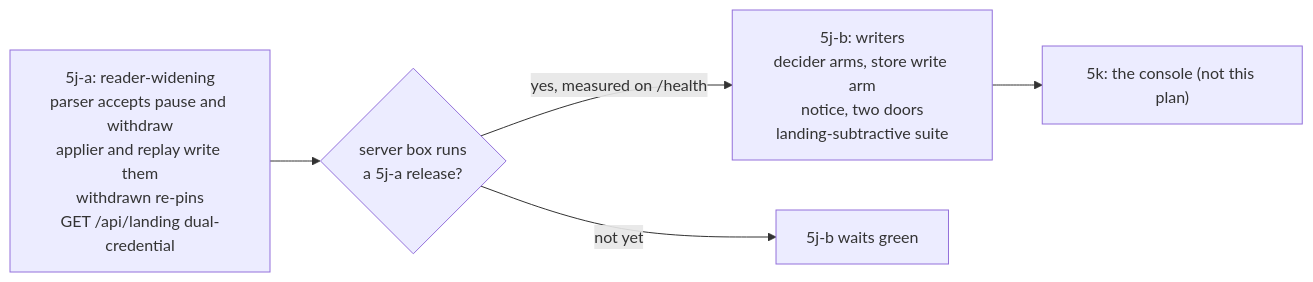
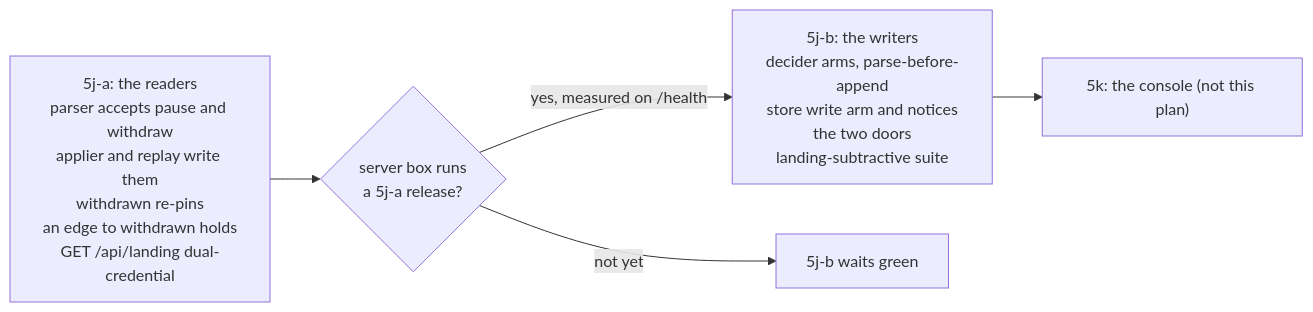
The diagram in docs/superpowers/plans/2026-11-25-landing-order-wave5j-doors.md (Synapsium-Labs/ccrc-pwa), drawn with Mermaid before and after one commit. The commit also changed other lines of this file, not shown here.

First line of the commit message:
docs(landing-order): wave 5j plan, fix round 1 (review run 3735)

````diff
--- a/docs/superpowers/plans/2026-11-25-landing-order-wave5j-doors.md
+++ b/docs/superpowers/plans/2026-11-25-landing-order-wave5j-doors.md
@@ -51,7 +55,7 @@
 ```mermaid
 flowchart LR
-  A["5j-a: reader-widening<br/>parser accepts pause and withdraw<br/>applier and replay write them<br/>withdrawn re-pins<br/>GET /api/landing dual-credential"] --> G{"server box runs<br/>a 5j-a release?"}
-  G -- "yes, measured on /health" --> B["5j-b: writers<br/>decider arms, store write arm<br/>notice, two doors<br/>landing-subtractive suite"]
+  A["5j-a: the readers<br/>parser accepts pause and withdraw<br/>applier and replay write them<br/>withdrawn re-pins<br/>an edge to withdrawn holds<br/>GET /api/landing dual-credential"] --> G{"server box runs<br/>a 5j-a release?"}
+  G -- "yes, measured on /health" --> B["5j-b: the writers<br/>decider arms, parse-before-append<br/>store write arm and notices<br/>the two doors<br/>landing-subtractive suite"]
   G -- "not yet" --> W["5j-b waits green"]
   B --> K["5k: the console (not this plan)"]
 ```
````
